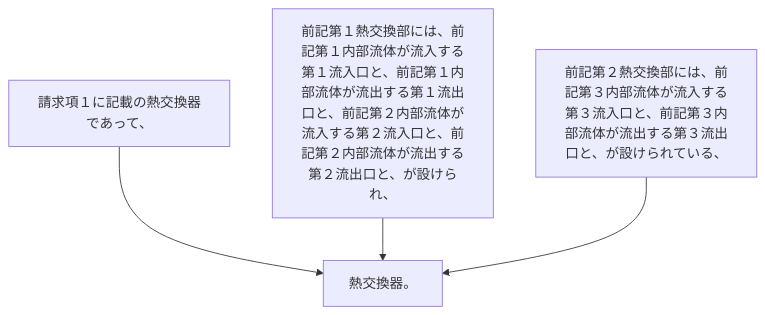
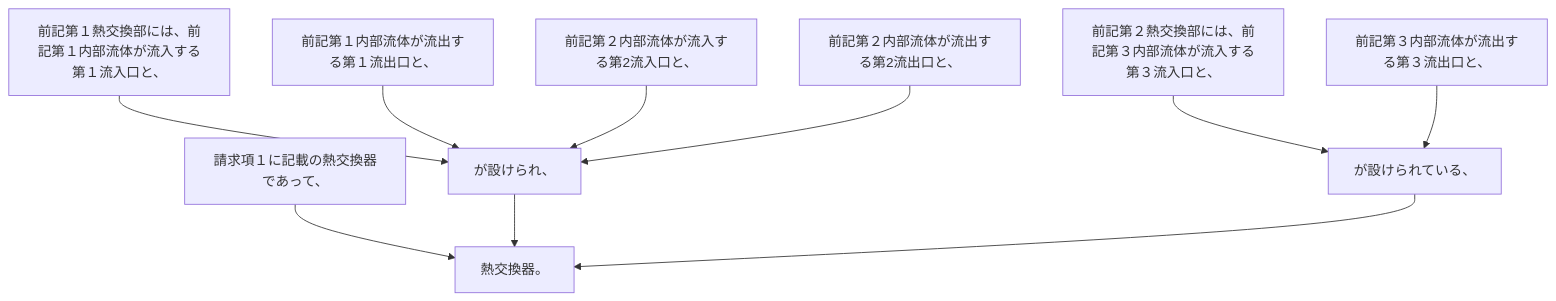
One commit to shinmori55/patent_analyzed changed the diagram in 2024/JP2024007944A/claim_7/README.md. Above: the diagram before and after it, drawn with Mermaid. The commit also changed 11 other files, not shown here.

````diff
--- a/2024/JP2024007944A/claim_7/README.md
+++ b/2024/JP2024007944A/claim_7/README.md
@@ -4,10 +4,22 @@
 ```mermaid
 flowchart TD
 A[請求項１に記載の熱交換器であって、]
-B[前記第１熱交換部には、前記第１内部流体が流入する第１流入口と、前記第１内部流体が流出する第１流出口と、前記第２内部流体が流入する第２流入口と、前記第２内部流体が流出する第２流出口と、が設けられ、]
-C[前記第２熱交換部には、前記第３内部流体が流入する第３流入口と、前記第３内部流体が流出する第３流出口と、が設けられている、]
-D[熱交換器。]
-A --> D
-B --> D
-C --> D
+B[前記第１熱交換部には、前記第１内部流体が流入する第１流入口と、]
+C[前記第１内部流体が流出する第１流出口と、]
+D[前記第２内部流体が流入する第2流入口と、]
+E[前記第２内部流体が流出する第2流出口と、]
+F[が設けられ、]
+G[前記第２熱交換部には、前記第３内部流体が流入する第３流入口と、]
+H[前記第３内部流体が流出する第３流出口と、]
+I[が設けられている、]
+J[熱交換器。]
+A --> J
+B --> F
+C --> F
+D --> F
+E --> F
+F --> J
+G --> I
+H --> I
+I --> J
 ```
````
